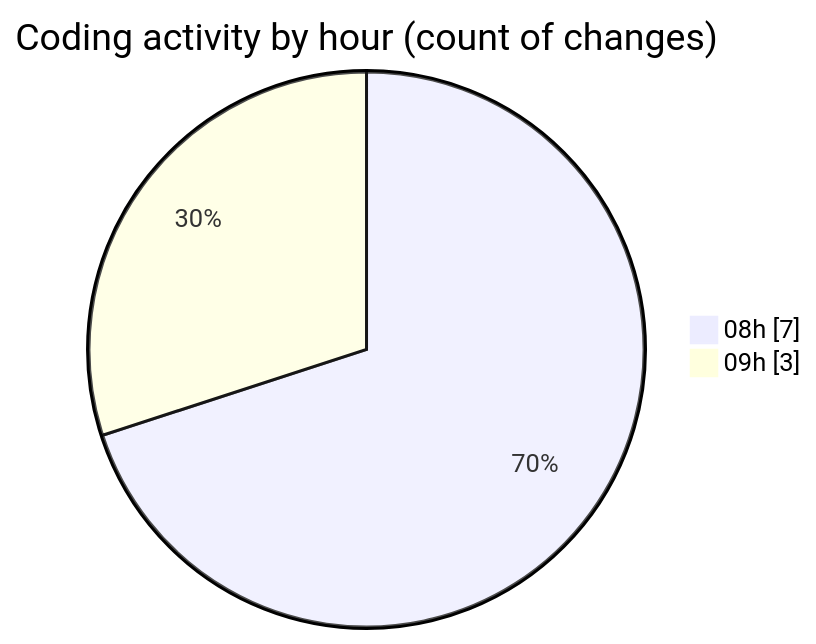
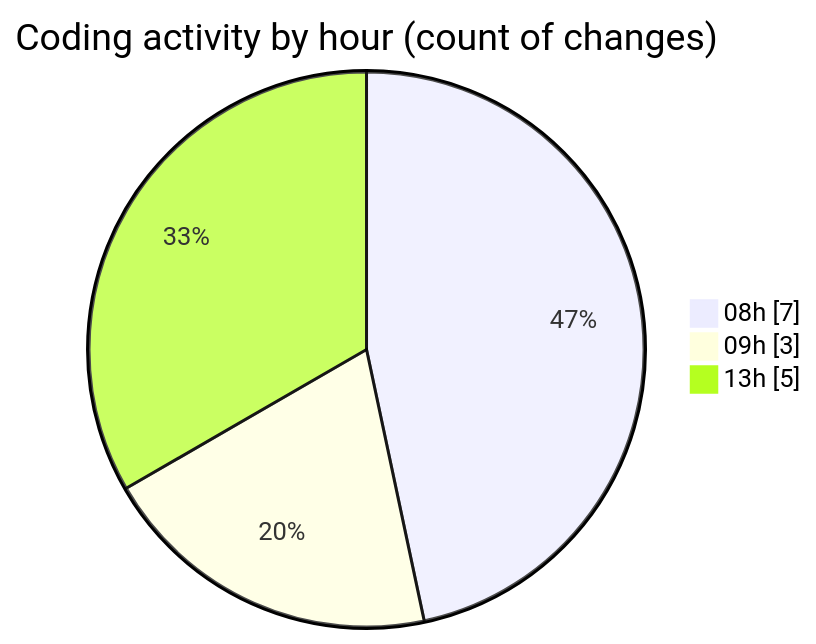
One commit to NitaiMahat/code-tracking changed the second of 2 diagrams in 2025-02-27/coding_prac_8/README.md. Above: the diagram before and after it, drawn with Mermaid. The commit also changed other lines of this file and 1 other file, not shown here.

````diff
--- a/2025-02-27/coding_prac_8/README.md
+++ b/2025-02-27/coding_prac_8/README.md
@@ -29,6 +30,7 @@
 ```mermaid
 pie showData
 title Coding activity by hour (count of changes)
 "08h" : 7
 "09h" : 3
+"13h" : 5
 ```
````
